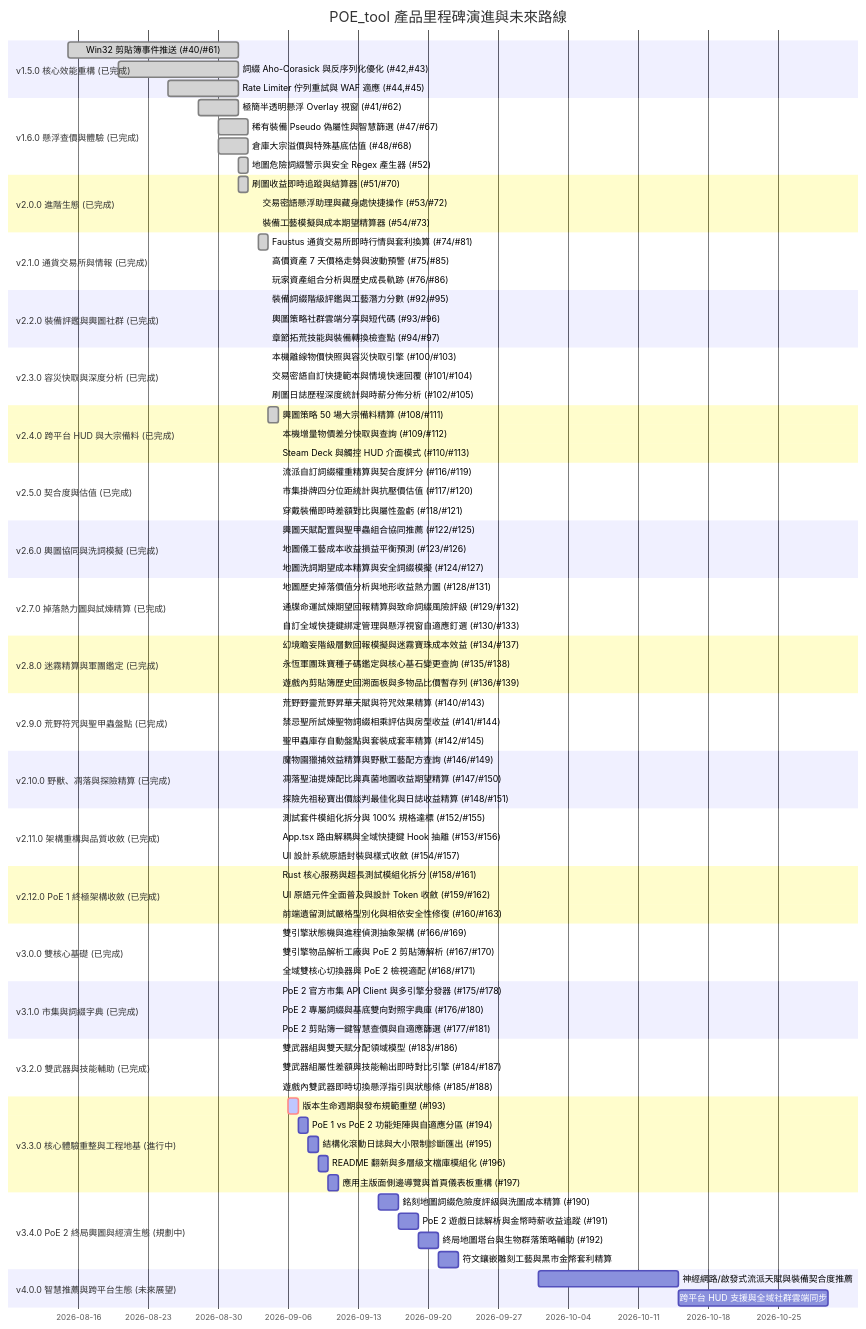
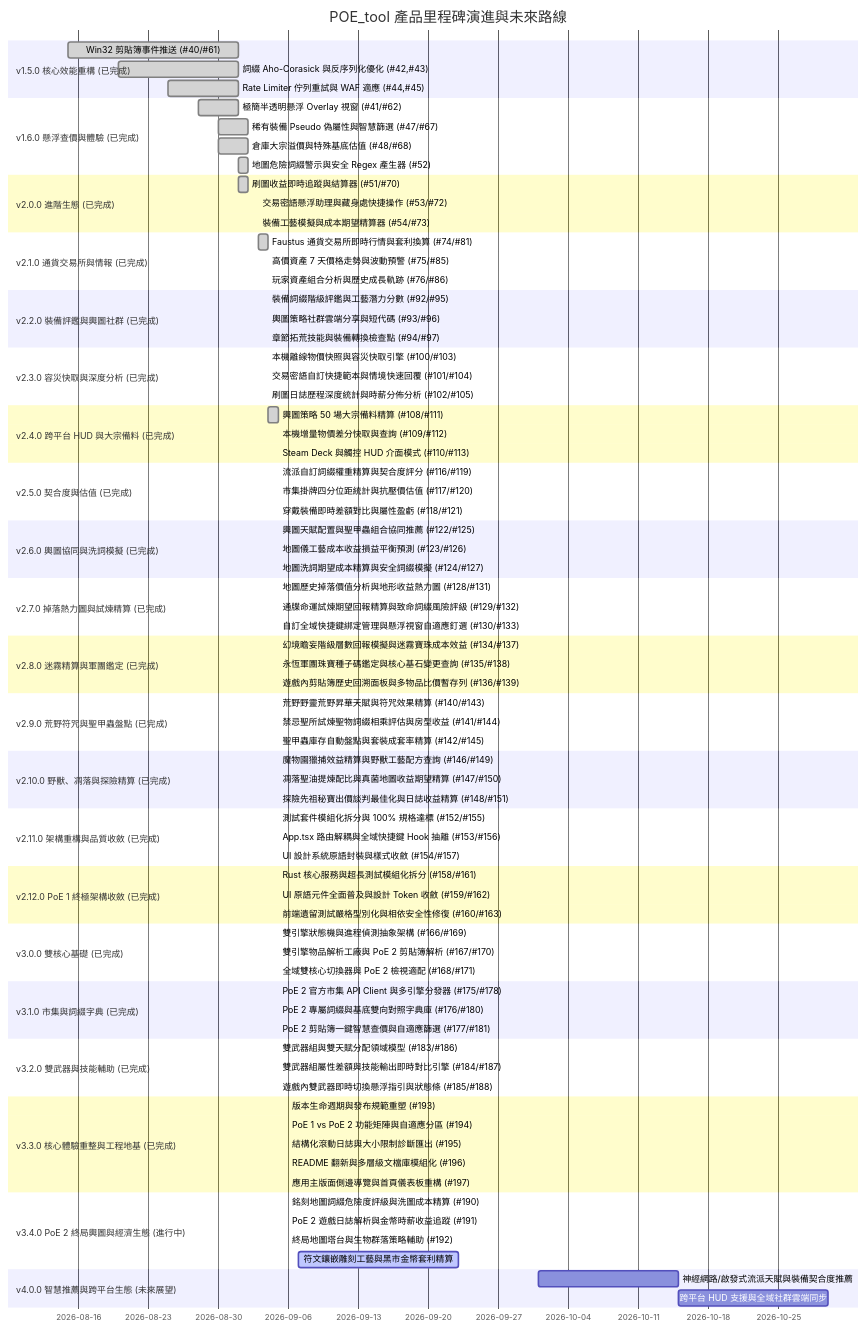
One commit to saijo0404/POE-tool changed the diagram in ROADMAP.md. Above: the diagram before and after it, drawn with Mermaid. The commit also changed other lines of this file and 8 other files, not shown here.

Commit message:
chore(release): bump version to v3.3.0 and update changelog & roadmap (#206)

```diff
--- a/ROADMAP.md
+++ b/ROADMAP.md
@@ -152,17 +152,17 @@
     雙武器組與雙天賦分配領域模型 (#183/#186)       :done,    m18_1, 2026-09-05, 2026-09-05
     雙武器組屬性差額與技能輸出即時對比引擎 (#184/#187) :done,    m18_2, 2026-09-05, 2026-09-05
     遊戲內雙武器即時切換懸浮指引與狀態條 (#185/#188)   :done,    m18_3, 2026-09-05, 2026-09-05
-    section v3.3.0 核心體驗重整與工程地基 (進行中)
-    版本生命週期與發布規範重塑 (#193)             :crit, active, m19_1, 2026-09-06, 2026-09-07
-    PoE 1 vs PoE 2 功能矩陣與自適應分區 (#194)    :m19_2, 2026-09-07, 2026-09-08
-    結構化滾動日誌與大小限制診斷匯出 (#195)         :m19_3, 2026-09-08, 2026-09-09
-    README 翻新與多層級文檔庫模組化 (#196)        :m19_4, 2026-09-09, 2026-09-10
-    應用主版面側邊導覽與首頁儀表板重構 (#197)      :m19_5, 2026-09-10, 2026-09-11
-    section v3.4.0 PoE 2 終局輿圖與經濟生態 (規劃中)
-    銘刻地圖詞綴危險度評級與洗圖成本精算 (#190)    :m20_1, 2026-09-15, 2026-09-17
-    PoE 2 遊戲日誌解析與金幣時薪收益追蹤 (#191)    :m20_2, 2026-09-17, 2026-09-19
-    終局地圖塔台與生物群落策略輔助 (#192)          :m20_3, 2026-09-19, 2026-09-21
-    符文鑲嵌雕刻工藝與黑市金幣套利精算             :m20_4, 2026-09-21, 2026-09-23
+    section v3.3.0 核心體驗重整與工程地基 (已完成)
+    版本生命週期與發布規範重塑 (#193)             :done,    m19_1, 2026-09-06, 2026-09-06
+    PoE 1 vs PoE 2 功能矩陣與自適應分區 (#194)    :done,    m19_2, 2026-09-06, 2026-09-06
+    結構化滾動日誌與大小限制診斷匯出 (#195)         :done,    m19_3, 2026-09-06, 2026-09-06
+    README 翻新與多層級文檔庫模組化 (#196)        :done,    m19_4, 2026-09-06, 2026-09-06
+    應用主版面側邊導覽與首頁儀表板重構 (#197)      :done,    m19_5, 2026-09-06, 2026-09-06
+    section v3.4.0 PoE 2 終局輿圖與經濟生態 (進行中)
+    銘刻地圖詞綴危險度評級與洗圖成本精算 (#190)    :done,    m20_1, 2026-09-06, 2026-09-06
+    PoE 2 遊戲日誌解析與金幣時薪收益追蹤 (#191)    :done,    m20_2, 2026-09-06, 2026-09-06
+    終局地圖塔台與生物群落策略輔助 (#192)          :done,    m20_3, 2026-09-06, 2026-09-06
+    符文鑲嵌雕刻工藝與黑市金幣套利精算             :active,  m20_4, 2026-09-07, 2026-09-23
     section v4.0.0 智慧推薦與跨平台生態 (未來展望)
     神經網路/啟發式流派天賦與裝備契合度推薦        :m21_1, 2026-10-01, 2026-10-15
     跨平台 HUD 支援與全域社群雲端同步             :m21_2, 2026-10-15, 2026-10-30
```
